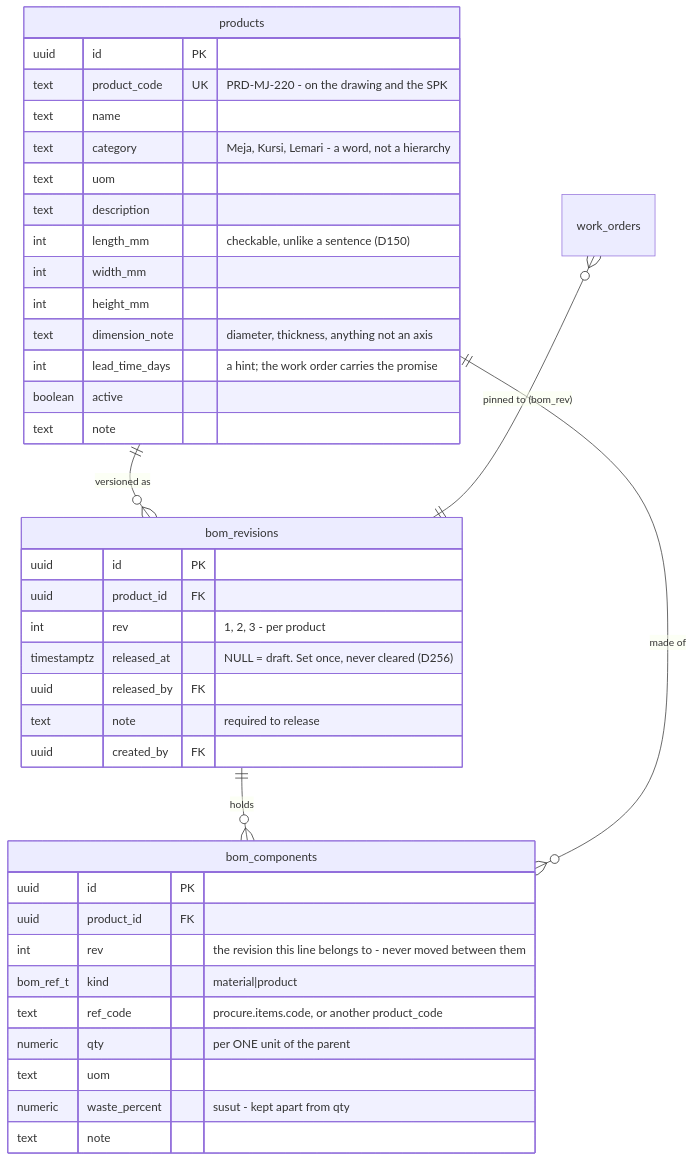
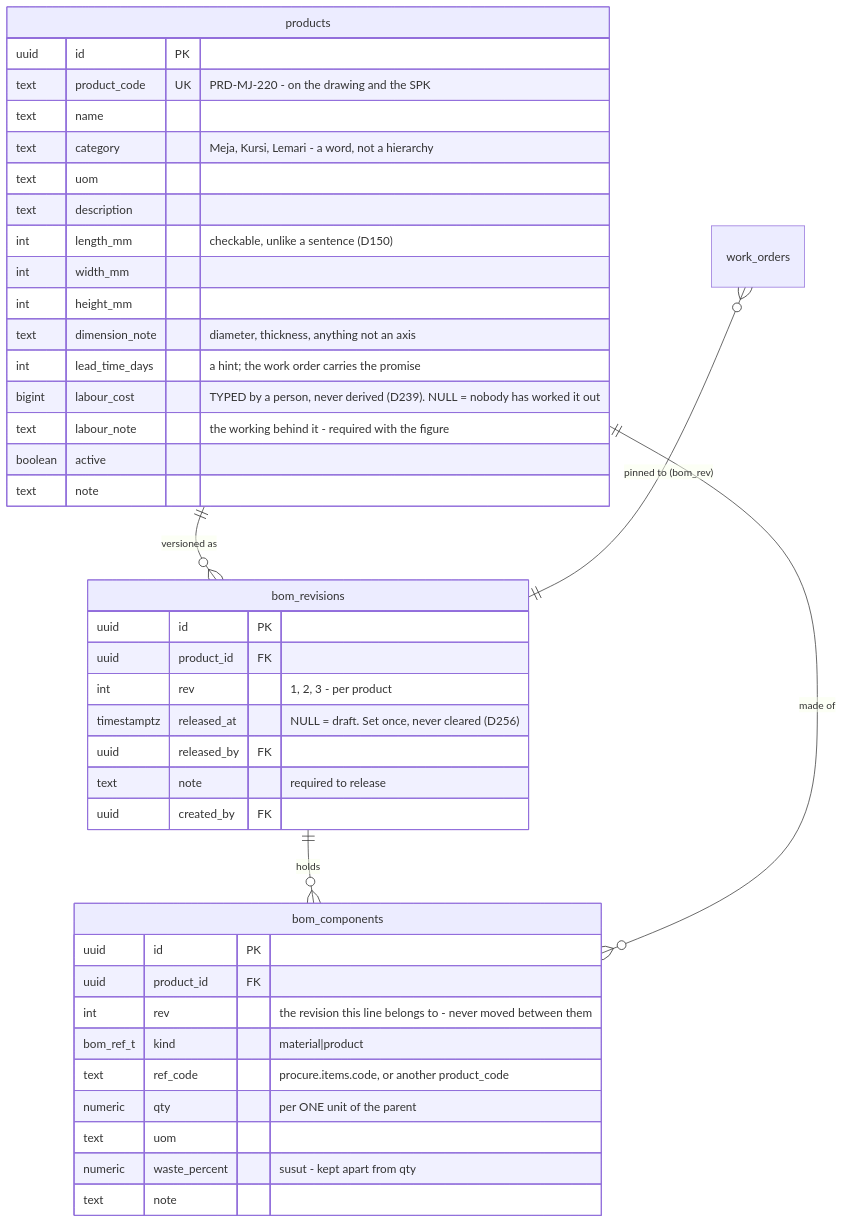
One commit to talait/ops-talaliving changed diagram 12 of 14 in docs/plan/02-database.md. Above: the diagram before and after it, drawn with Mermaid. The commit also changed 14 other files, not shown here.

First line of the commit message:
M49 — a layered BOM, a request that contains the whole wardrobe, and a labour cost nobody invented

````diff
--- a/docs/plan/02-database.md
+++ b/docs/plan/02-database.md
@@ -1709,43 +1709,45 @@
 ```mermaid
 erDiagram
     products ||--o{ bom_revisions : "versioned as"
     bom_revisions ||--o{ bom_components : "holds"
     products ||--o{ bom_components : "made of"
     work_orders }o--|| bom_revisions : "pinned to (bom_rev)"
 
     products {
         uuid id PK
         text product_code UK "PRD-MJ-220 - on the drawing and the SPK"
         text name
         text category "Meja, Kursi, Lemari - a word, not a hierarchy"
         text uom
         text description
         int length_mm "checkable, unlike a sentence (D150)"
         int width_mm
         int height_mm
         text dimension_note "diameter, thickness, anything not an axis"
         int lead_time_days "a hint; the work order carries the promise"
+        bigint labour_cost "TYPED by a person, never derived (D239). NULL = nobody has worked it out"
+        text labour_note "the working behind it - required with the figure"
         boolean active
         text note
     }
     bom_revisions {
         uuid id PK
         uuid product_id FK
         int rev "1, 2, 3 - per product"
         timestamptz released_at "NULL = draft. Set once, never cleared (D256)"
         uuid released_by FK
         text note "required to release"
         uuid created_by FK
     }
     bom_components {
         uuid id PK
         uuid product_id FK
         int rev "the revision this line belongs to - never moved between them"
         bom_ref_t kind "material|product"
         text ref_code "procure.items.code, or another product_code"
         numeric qty "per ONE unit of the parent"
         text uom
         numeric waste_percent "susut - kept apart from qty"
         text note
     }
 ```
````
